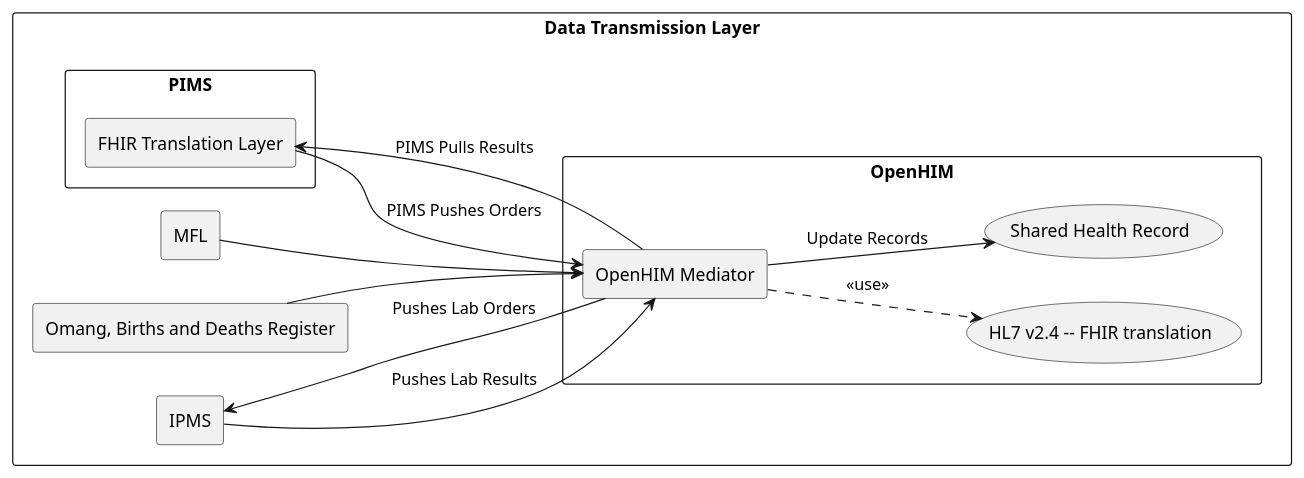
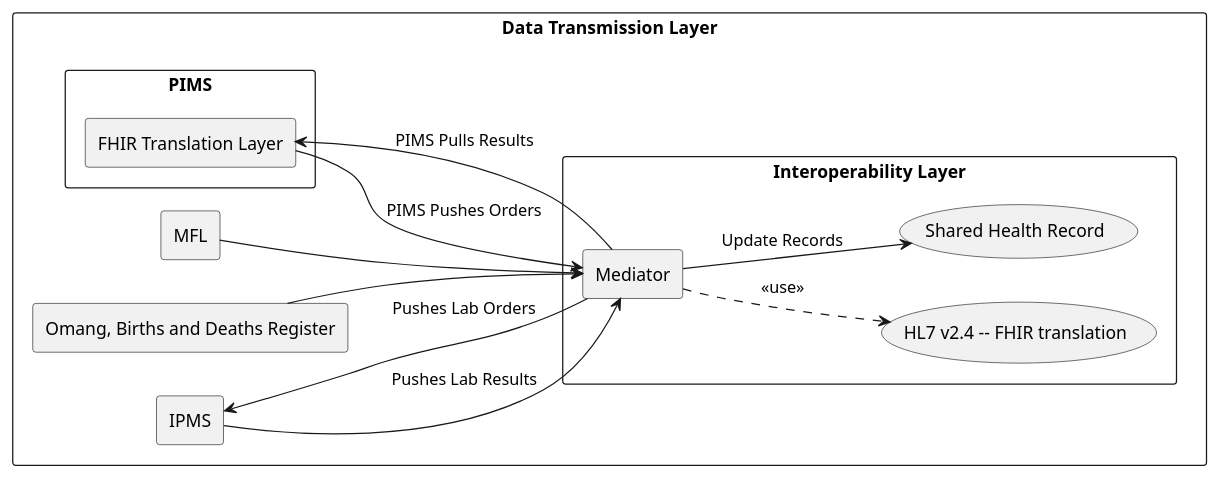
One commit to jembi/botswana-hie-fhir-ig changed the diagram in input/images-source/dataTransmissionLayer.plantuml. Above: the diagram before and after it, drawn with PlantUML. The commit also changed 4 other files, not shown here.

```diff
--- a/input/images-source/dataTransmissionLayer.plantuml
+++ b/input/images-source/dataTransmissionLayer.plantuml
@@ -1,31 +1,31 @@
 @startuml DataTransmissionLayer
 left to right direction
 
 rectangle "Data Transmission Layer" as dataTransmissionLayer {
   rectangle MFL
   rectangle "Omang, Births and Deaths Register" as Omang
   rectangle PIMS {
     rectangle "FHIR Translation Layer" as translationLayer
   }
 
-  rectangle OpenHIM {
+  rectangle "Interoperability Layer" as OpenHIM {
     usecase "HL7 v2.4 -- FHIR translation" as OHIM1
     usecase "Shared Health Record" as OHIM2
-    rectangle "OpenHIM Mediator" as Mediator
+    rectangle "Mediator" as Mediator
     Mediator ..> OHIM1 : "<<use>>"
     Mediator --> OHIM2 : "Update Records"
   }
   
   rectangle IPMS
 
   MFL --> Mediator
   Omang --> Mediator
 
   translationLayer --> Mediator : "PIMS Pushes Orders"
   Mediator --> translationLayer : "PIMS Pulls Results"
 
   IPMS --> Mediator : "Pushes Lab Results"
   Mediator --> IPMS : "Pushes Lab Orders"
 }
 
 @enduml
```
